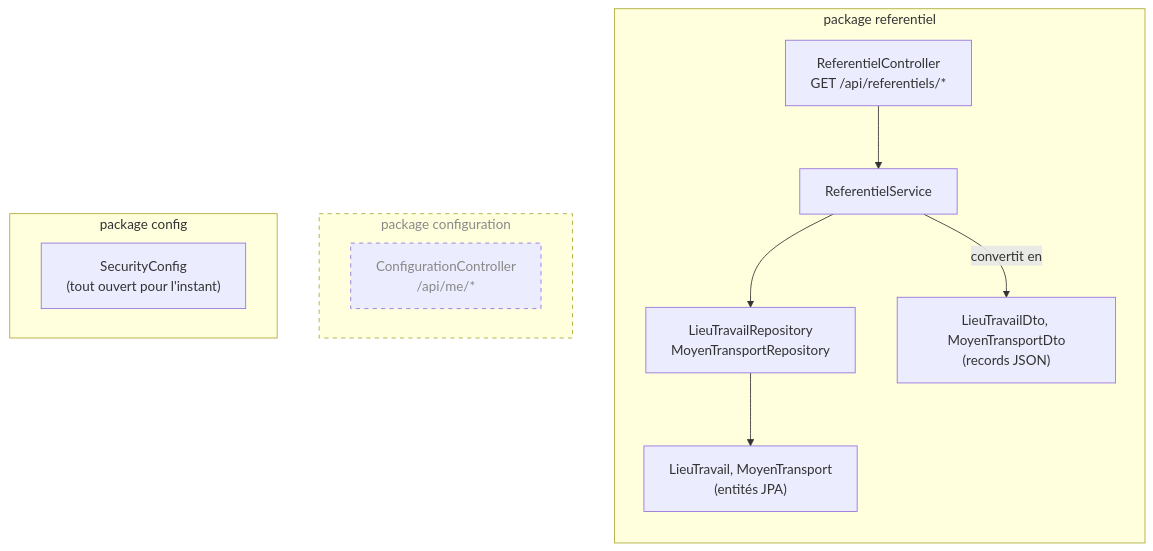
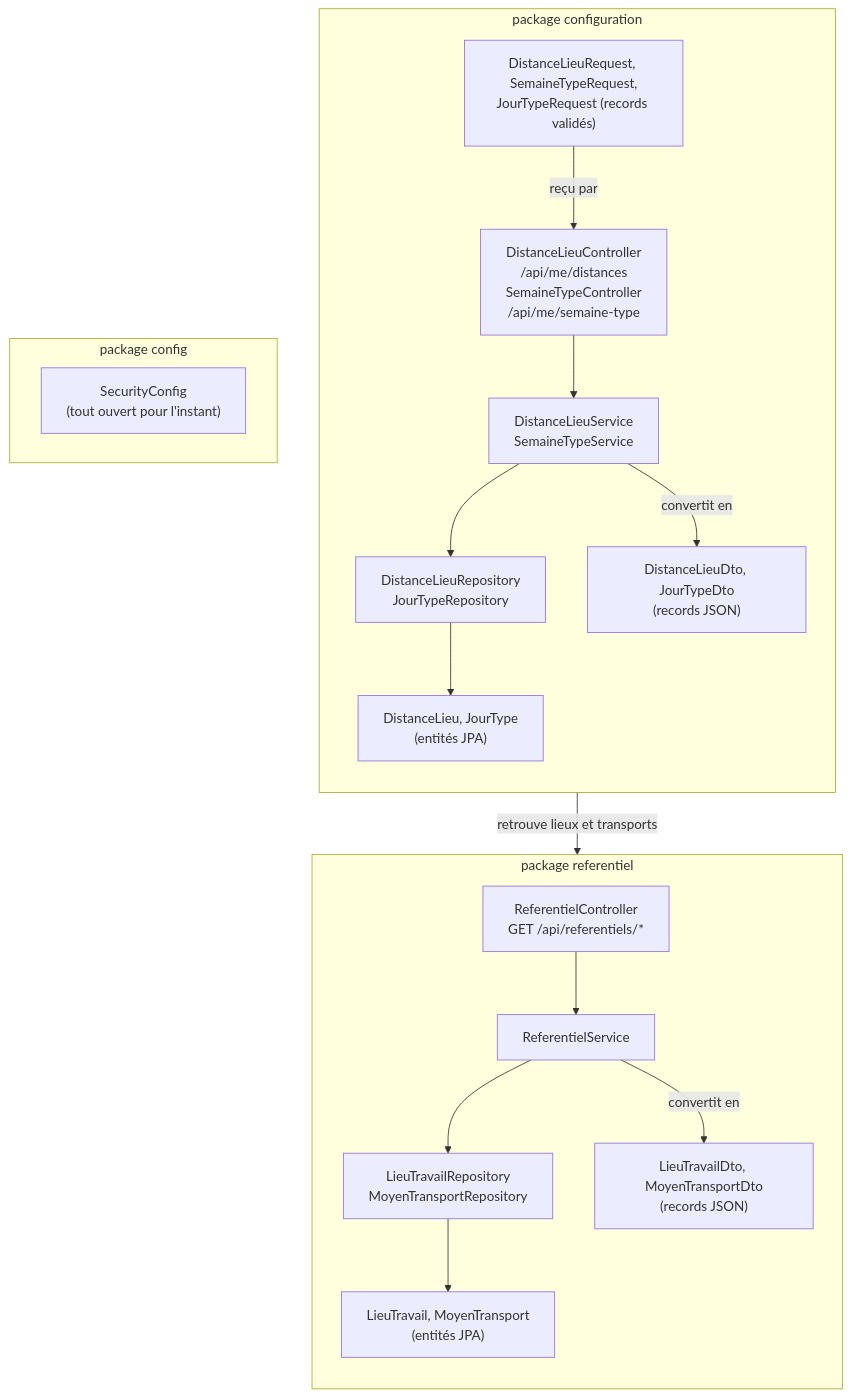
One commit to tadamiura-delia/prime-transport-api changed the second of 3 diagrams in docs/architecture.md. Above: the diagram before and after it, drawn with Mermaid. The commit also changed other lines of this file, not shown here.

Commit message:
mise à jour de la documentation : étape 2

````diff
--- a/docs/architecture.md
+++ b/docs/architecture.md
@@ -52,24 +52,32 @@
 ```mermaid
 flowchart TB
     subgraph referentiel["package referentiel"]
         direction TB
         rc["ReferentielController<br/>GET /api/referentiels/*"]
         rs["ReferentielService"]
         rr["LieuTravailRepository<br/>MoyenTransportRepository"]
         re["LieuTravail, MoyenTransport<br/>(entités JPA)"]
         rd["LieuTravailDto, MoyenTransportDto<br/>(records JSON)"]
         rc --> rs --> rr --> re
         rs -- "convertit en" --> rd
     end
 
     subgraph configuration["package configuration"]
-        cc["ConfigurationController<br/>/api/me/*"]
+        direction TB
+        cc["DistanceLieuController<br/>/api/me/distances<br/>SemaineTypeController<br/>/api/me/semaine-type"]
+        cs["DistanceLieuService<br/>SemaineTypeService"]
+        cr["DistanceLieuRepository<br/>JourTypeRepository"]
+        ce["DistanceLieu, JourType<br/>(entités JPA)"]
+        cin["DistanceLieuRequest, SemaineTypeRequest,<br/>JourTypeRequest (records validés)"]
+        cd["DistanceLieuDto, JourTypeDto<br/>(records JSON)"]
+        cc --> cs --> cr --> ce
+        cin -- "reçu par" --> cc
+        cs -- "convertit en" --> cd
     end
+
+    cs -- "retrouve lieux et transports" --> rr
 
     subgraph config["package config"]
         sec["SecurityConfig<br/>(tout ouvert pour l'instant)"]
     end
-
-    classDef prevu stroke-dasharray: 5 5,color:#888
-    class configuration,cc prevu
 ```
````
